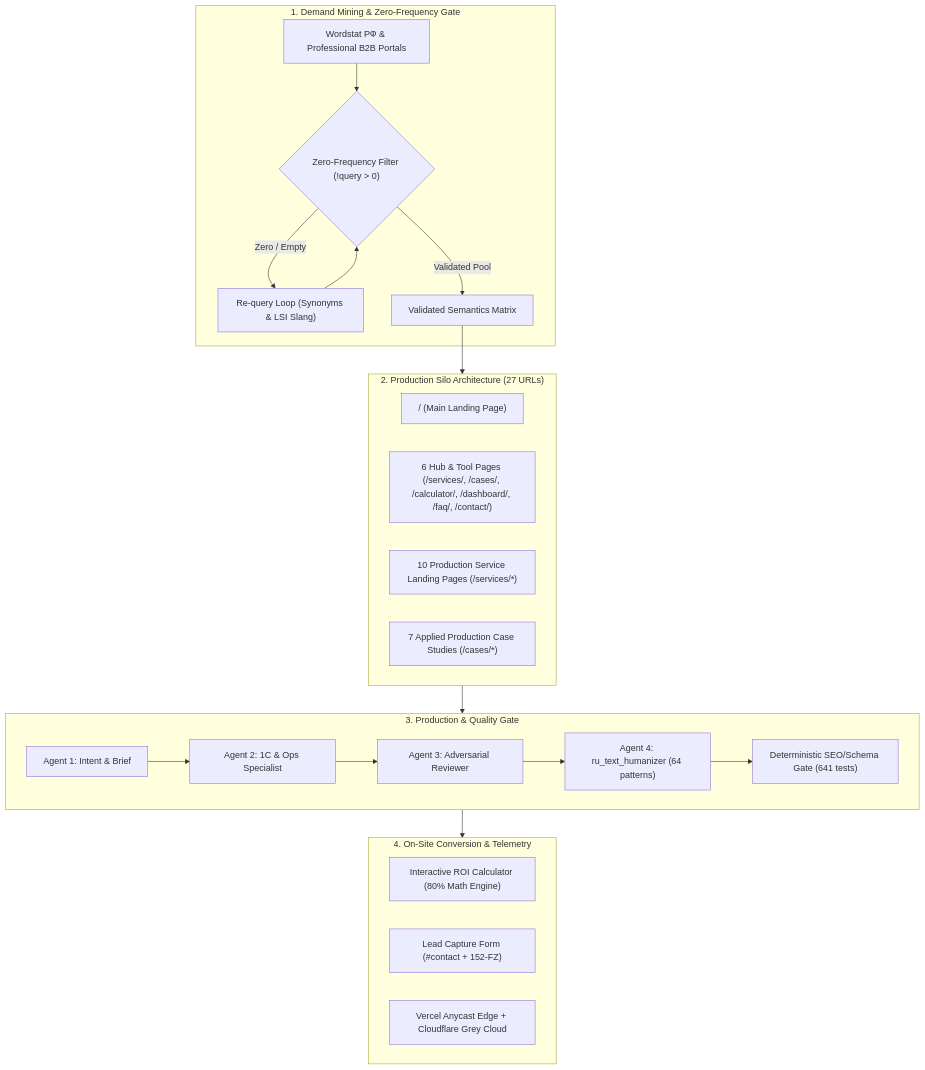
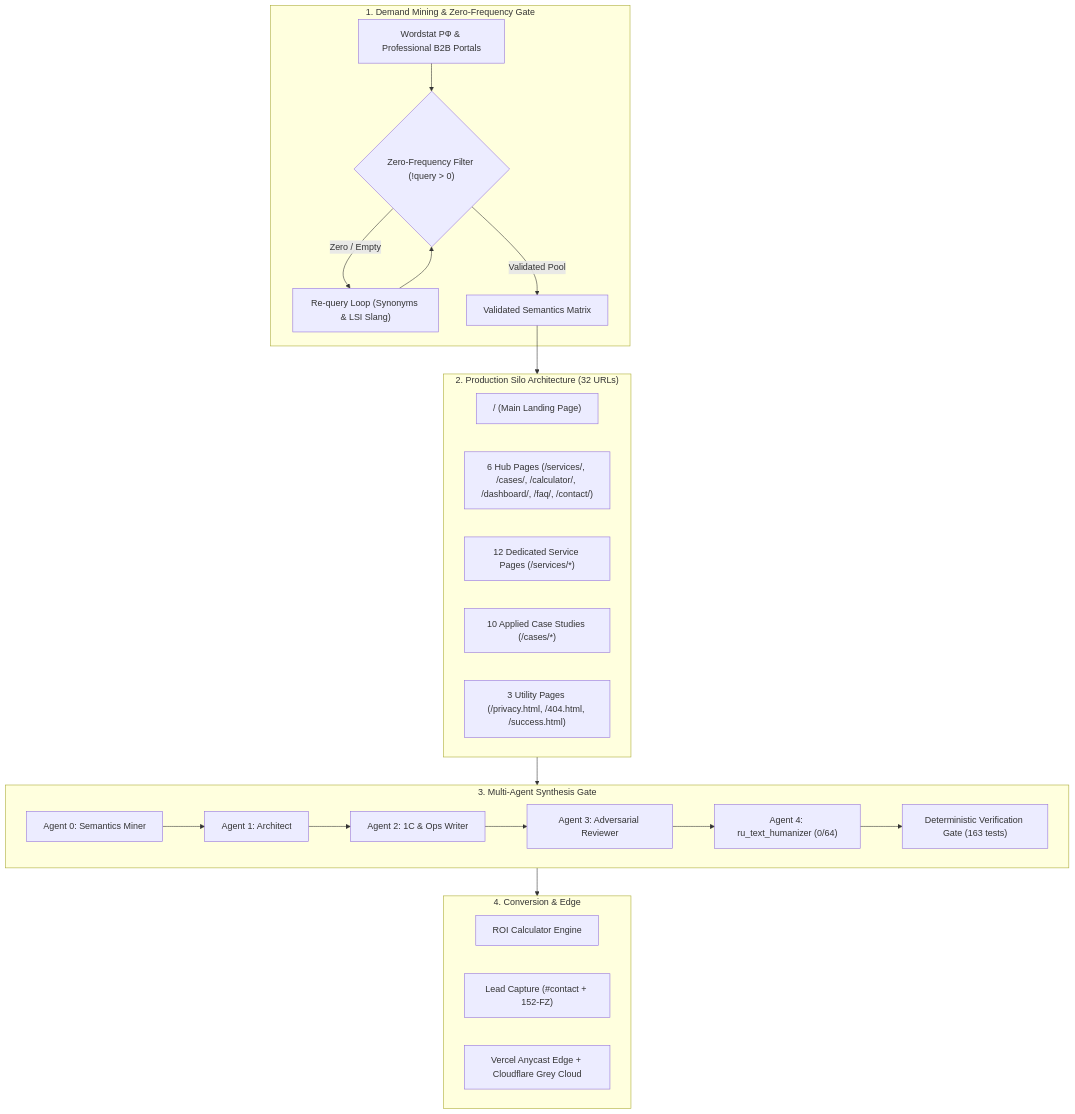
One commit to Vlad-Voro/ai-avtopilot changed the first of 2 diagrams in content_strategy_implementation_plan.md. Above: the diagram before and after it, drawn with Mermaid. The commit also changed other lines of this file and 60 other files, not shown here.

Commit message:
feat(mobile): equalize mobile card heights across services/cases, fix dual-cta footer and add architecture invariants

````diff
--- a/content_strategy_implementation_plan.md
+++ b/content_strategy_implementation_plan.md
@@ -12,31 +12,33 @@
 ```mermaid
 flowchart TD
     subgraph Sourcing ["1. Demand Mining & Zero-Frequency Gate"]
         W["Wordstat РФ & Professional B2B Portals"] --> Val{"Zero-Frequency Filter (!query > 0)"}
         Val -- "Zero / Empty" --> ReQ["Re-query Loop (Synonyms & LSI Slang)"]
         ReQ --> Val
         Val -- "Validated Pool" --> Brief["Validated Semantics Matrix"]
     end
 
-    subgraph Architecture ["2. Production Silo Architecture (27 URLs)"]
+    subgraph Architecture ["2. Production Silo Architecture (32 URLs)"]
         Root["/ (Main Landing Page)"]
-        Hubs["6 Hub & Tool Pages (/services/, /cases/, /calculator/, /dashboard/, /faq/, /contact/)"]
-        T1["10 Production Service Landing Pages (/services/*)"]
-        T3["7 Applied Production Case Studies (/cases/*)"]
+        Hubs["6 Hub Pages (/services/, /cases/, /calculator/, /dashboard/, /faq/, /contact/)"]
+        T1["12 Dedicated Service Pages (/services/*)"]
+        T3["10 Applied Case Studies (/cases/*)"]
+        Util["3 Utility Pages (/privacy.html, /404.html, /success.html)"]
     end
 
-    subgraph Pipeline ["3. Production & Quality Gate"]
-        Arch["Agent 1: Intent & Brief"] --> Writer["Agent 2: 1C & Ops Specialist"]
+    subgraph Pipeline ["3. Multi-Agent Synthesis Gate"]
+        Miner["Agent 0: Semantics Miner"] --> Arch["Agent 1: Architect"]
+        Arch --> Writer["Agent 2: 1C & Ops Writer"]
         Writer --> Critic["Agent 3: Adversarial Reviewer"]
-        Critic --> Humanizer["Agent 4: ru_text_humanizer (64 patterns)"]
-        Humanizer --> Gate["Deterministic SEO/Schema Gate (641 tests)"]
+        Critic --> Humanizer["Agent 4: ru_text_humanizer (0/64)"]
+        Humanizer --> Gate["Deterministic Verification Gate (163 tests)"]
     end
 
-    subgraph Conversion ["4. On-Site Conversion & Telemetry"]
-        Calc["Interactive ROI Calculator (80% Math Engine)"]
-        Form["Lead Capture Form (#contact + 152-FZ)"]
+    subgraph Conversion ["4. Conversion & Edge"]
+        Calc["ROI Calculator Engine"]
+        Form["Lead Capture (#contact + 152-FZ)"]
         Edge["Vercel Anycast Edge + Cloudflare Grey Cloud"]
     end
 
     Brief --> Architecture --> Pipeline --> Conversion
 ```
````
